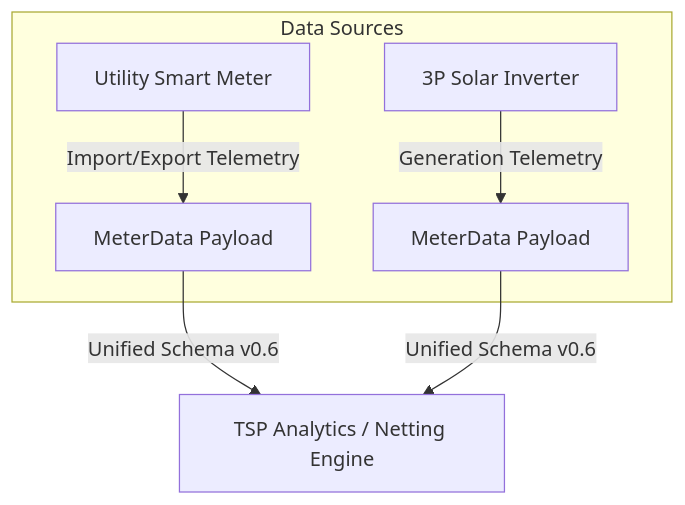
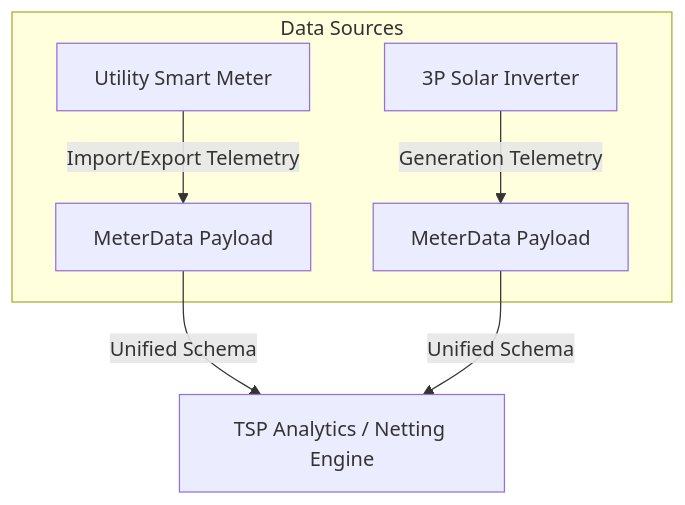
The second of 3 diagrams in schemas/MeterData/v0.6/UserGuide.md (India-Energy-Stack/ies-accelerator), drawn with Mermaid before and after one commit. The commit also changed other lines of this file, not shown here.

Commit message:
Update UserGuide.md: remove specific v0.6 version references from descriptions and diagrams

````diff
--- a/schemas/MeterData/v0.6/UserGuide.md
+++ b/schemas/MeterData/v0.6/UserGuide.md
@@ -84,9 +84,9 @@
 ```mermaid
 graph TD
     subgraph Data Sources
         UM[Utility Smart Meter] -->|Import/Export Telemetry| MD1[MeterData Payload]
         3P[3P Solar Inverter] -->|Generation Telemetry| MD2[MeterData Payload]
     end
-    MD1 -->|Unified Schema v0.6| TSP[TSP Analytics / Netting Engine]
-    MD2 -->|Unified Schema v0.6| TSP
+    MD1 -->|Unified Schema| TSP[TSP Analytics / Netting Engine]
+    MD2 -->|Unified Schema| TSP
 ```
````
